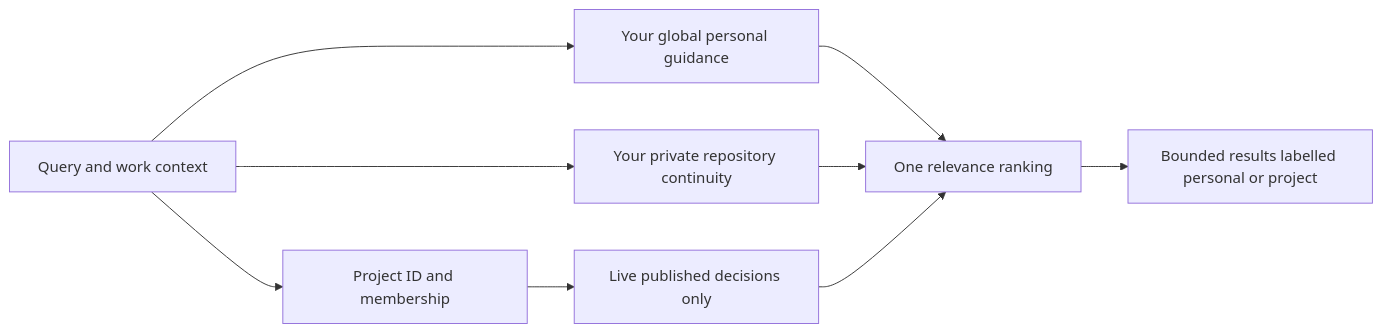
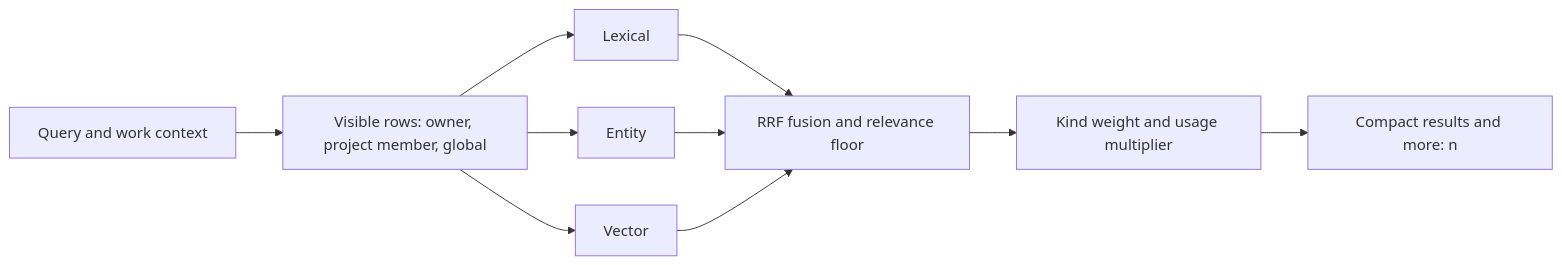
Before and after one commit to cunilab/cairn-memory: the fourth of 4 diagrams in docs/data-flow.md, drawn with Mermaid. The commit also changed other lines of this file and 139 other files, not shown here.

````diff
--- a/docs/data-flow.md
+++ b/docs/data-flow.md
@@ -130,11 +72,12 @@
 ```mermaid
 flowchart LR
-    Query[Query and work context] --> Global[Your global personal guidance]
-    Query --> Repo[Your private repository continuity]
-    Query --> ID[Project ID and membership]
-    ID --> Decisions[Live published decisions only]
-    Global --> Rank[One relevance ranking]
-    Repo --> Rank
-    Decisions --> Rank
-    Rank --> Results[Bounded results labelled personal or project]
+    Query[Query and work context] --> Vis[Visible rows: owner, project member, global]
+    Vis --> Lex[Lexical]
+    Vis --> Ent[Entity]
+    Vis --> Vec[Vector]
+    Lex --> Fuse[RRF fusion and relevance floor]
+    Ent --> Fuse
+    Vec --> Fuse
+    Fuse --> Rank[Kind weight and usage multiplier]
+    Rank --> Pack[Compact results and more: n]
 ```
````
